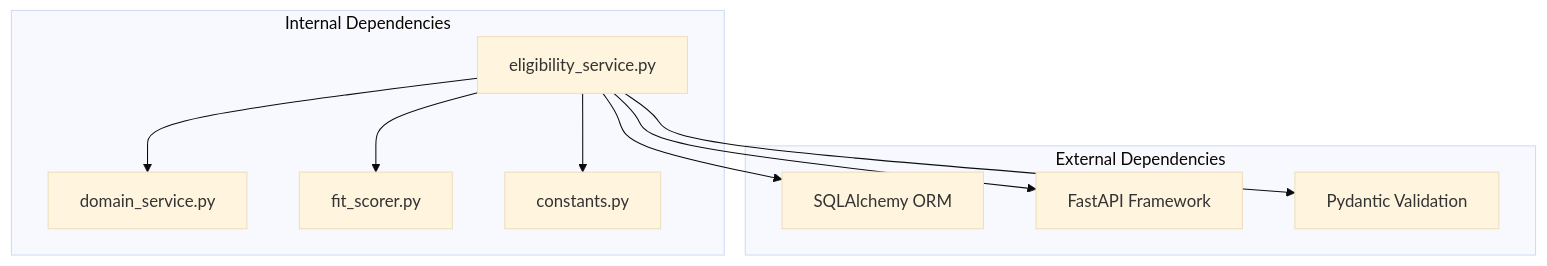
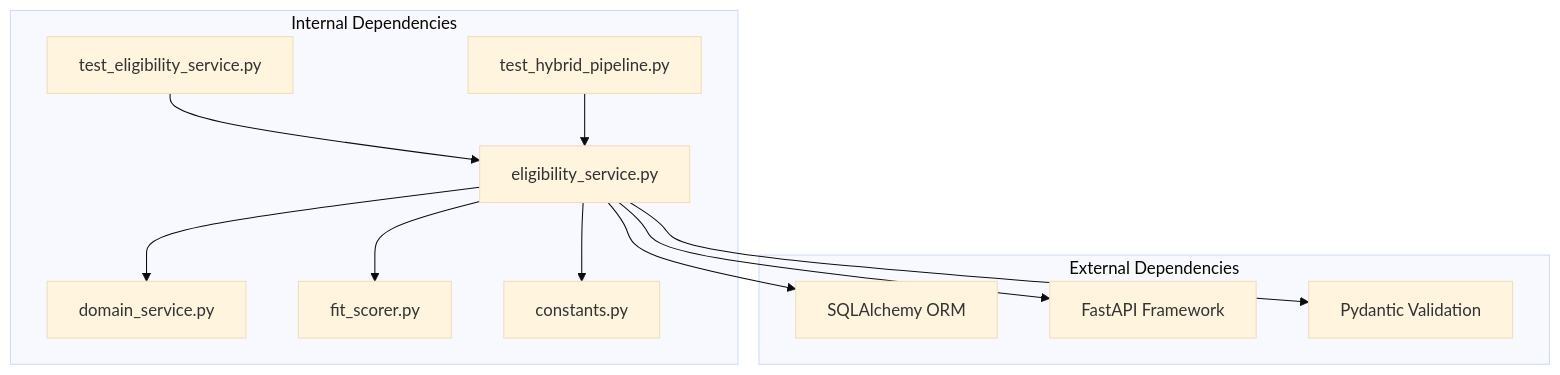
The eighth of 8 diagrams in .qoder/repowiki/en/content/Analysis Engine/Eligibility Engine.md (Revanththetalogics/aireume), drawn with Mermaid (base theme) before and after one commit. The commit also changed other lines of this file and 41 other files, not shown here.

````diff
--- a/.qoder/repowiki/en/content/Analysis Engine/Eligibility Engine.md
+++ b/.qoder/repowiki/en/content/Analysis Engine/Eligibility Engine.md
@@ -238,20 +307,24 @@
 ```mermaid
 graph TB
 subgraph "Internal Dependencies"
 Eligibility[eligibility_service.py]
 DomainService[domain_service.py]
 FitScorer[fit_scorer.py]
 Constants[constants.py]
+TestEligibility[test_eligibility_service.py]
+TestHybridPipeline[test_hybrid_pipeline.py]
 end
 subgraph "External Dependencies"
 SQLAlchemy[SQLAlchemy ORM]
 FastAPI[FastAPI Framework]
 Pydantic[Pydantic Validation]
 end
 Eligibility --> DomainService
 Eligibility --> FitScorer
 Eligibility --> Constants
 Eligibility --> SQLAlchemy
 Eligibility --> FastAPI
 Eligibility --> Pydantic
+TestEligibility --> Eligibility
+TestHybridPipeline --> Eligibility
 ```
````
